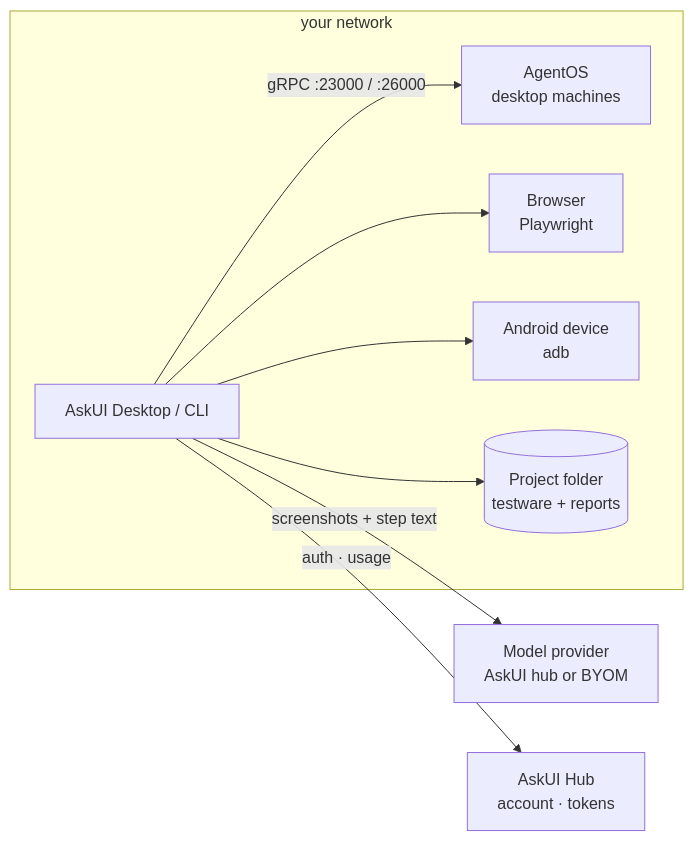
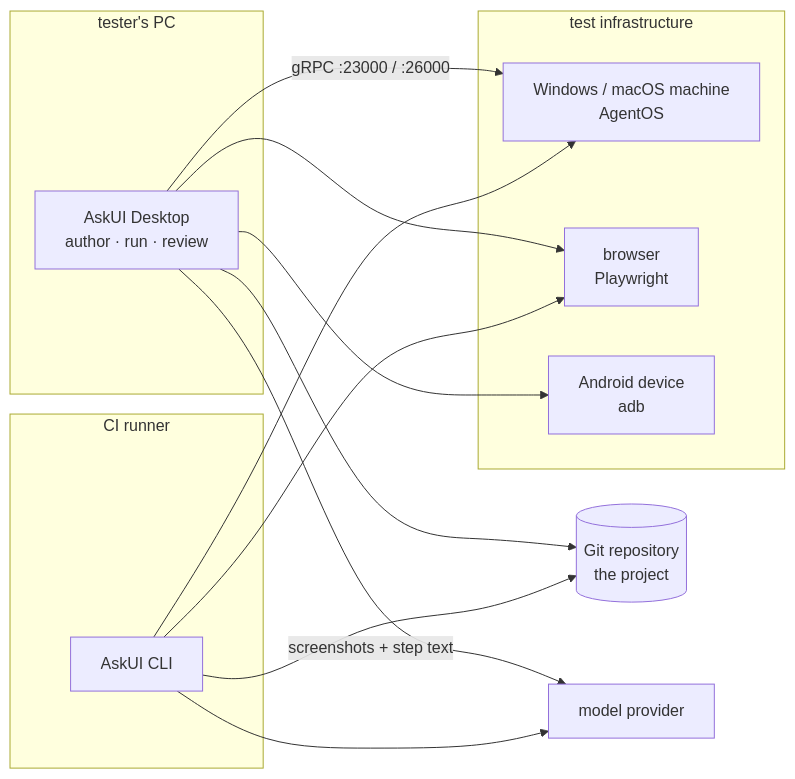
The second of 2 diagrams in content/docs/concepts/enterprise-fit.mdx (askui/docs-rewrite), drawn with Mermaid before and after one commit. The commit also changed other lines of this file, not shown here.

First line of the commit message:
docs(enterprise-fit): staged setups, optional network traffic, local-hardware option

````diff
--- a/content/docs/concepts/enterprise-fit.mdx
+++ b/content/docs/concepts/enterprise-fit.mdx
@@ -13,18 +40,24 @@
 ```mermaid
 flowchart LR
-  subgraph your network
-    D[AskUI Desktop / CLI]
-    A1[AgentOS<br/>desktop machines]
-    B[Browser<br/>Playwright]
-    P[Android device<br/>adb]
-    F[(Project folder<br/>testware + reports)]
+  subgraph local["tester's PC"]
+    D["AskUI Desktop<br/>author · run · review"]
   end
-  M[Model provider<br/>AskUI hub or BYOM]
-  H[AskUI Hub<br/>account · tokens]
-  D -->|gRPC :23000 / :26000| A1
+  subgraph infra["test infrastructure"]
+    A1["Windows / macOS machine<br/>AgentOS"]
+    B["browser<br/>Playwright"]
+    P["Android device<br/>adb"]
+  end
+  subgraph ci["CI runner"]
+    C["AskUI CLI"]
+  end
+  R[("Git repository<br/>the project")]
+  D --> R
+  C --> R
+  D -->|"gRPC :23000 / :26000"| A1
   D --> B
   D --> P
-  D --> F
-  D -->|screenshots + step text| M
-  D -->|auth · usage| H
+  C --> A1
+  C --> B
+  D -->|"screenshots + step text"| M["model provider"]
+  C --> M
 ```
````
